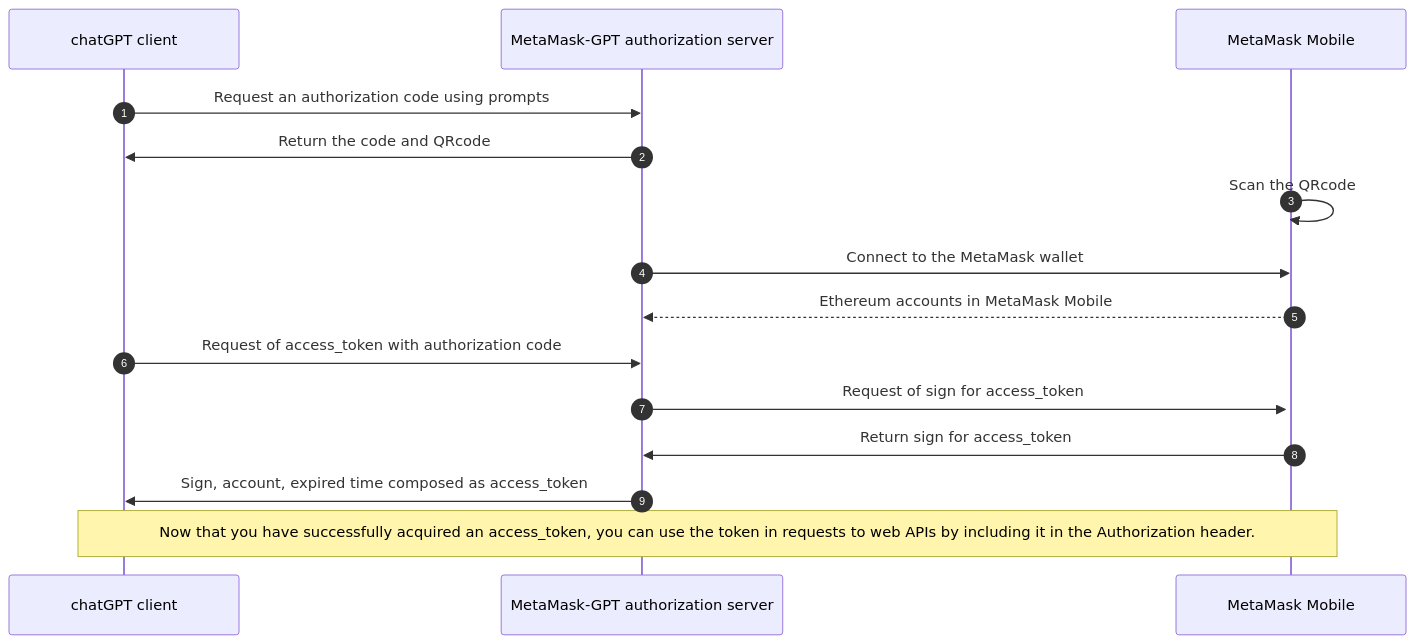
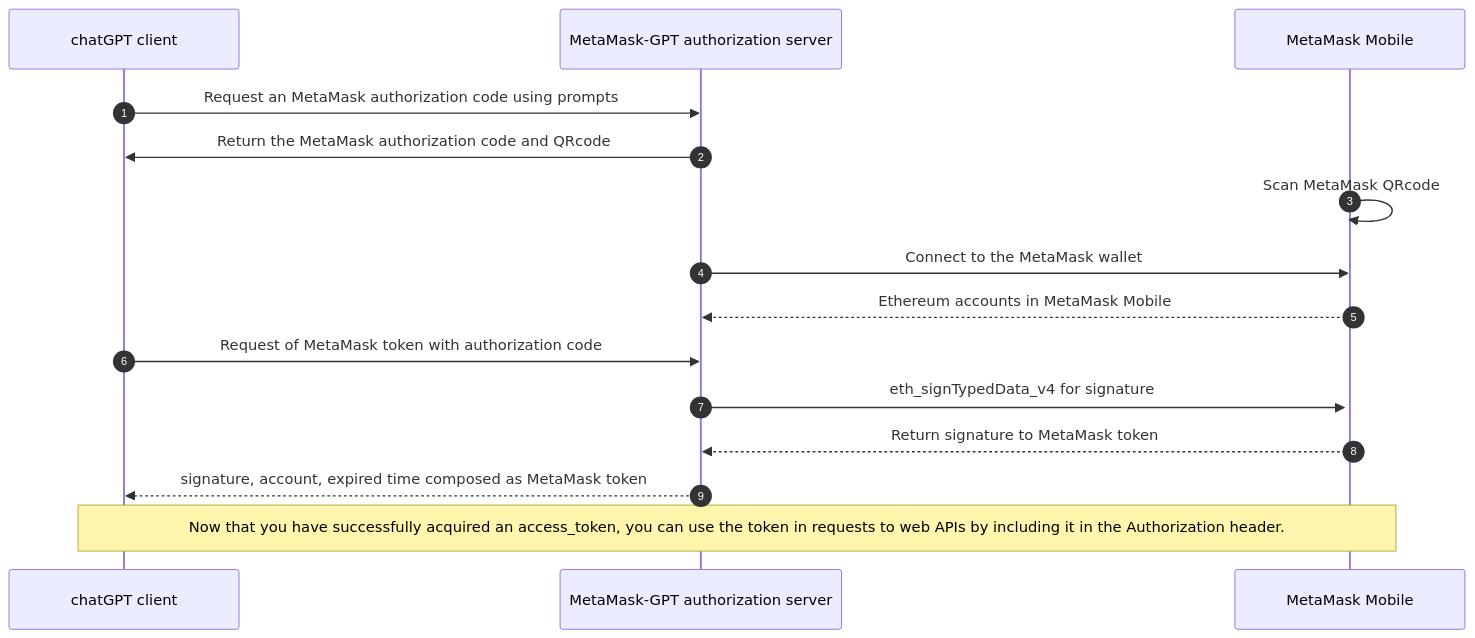
Before and after one commit to TheBestOrNothing/thebestornothing.github.io: the diagram in website/docs/metamaskGPT/connect.mdx, drawn with Mermaid.

````diff
--- a/website/docs/metamaskGPT/connect.mdx
+++ b/website/docs/metamaskGPT/connect.mdx
@@ -29,30 +29,30 @@
 ```mermaid
 %%{
   init: {
     'sequence': {
       'actorMargin': 100,
       'width': 250,
       'noteMargin': 15
     }
   }
 }%%
 
 sequenceDiagram
     autonumber
     participant chatGPTClient as chatGPT client
     participant MetaMask-GPTAuthServer as MetaMask-GPT authorization server
     participant MetaMaskMobile as MetaMask Mobile
 
-    chatGPTClient->>MetaMask-GPTAuthServer: Request an authorization code using prompts
-    MetaMask-GPTAuthServer->>chatGPTClient: Return the code and QRcode
-    MetaMaskMobile->>MetaMaskMobile: Scan the QRcode 
+    chatGPTClient->>MetaMask-GPTAuthServer: Request an MetaMask authorization code using prompts
+    MetaMask-GPTAuthServer->>chatGPTClient: Return the MetaMask authorization code and QRcode
+    MetaMaskMobile->>MetaMaskMobile: Scan MetaMask QRcode 
     MetaMask-GPTAuthServer->>MetaMaskMobile: Connect to the MetaMask wallet
     activate MetaMaskMobile
     MetaMaskMobile-->>MetaMask-GPTAuthServer: Ethereum accounts in MetaMask Mobile
-    chatGPTClient->>MetaMask-GPTAuthServer: Request of access_token with authorization code
-    MetaMask-GPTAuthServer->>MetaMaskMobile: Request of sign for access_token 
-    MetaMaskMobile->>MetaMask-GPTAuthServer: Return sign for access_token
-    MetaMask-GPTAuthServer->>chatGPTClient: Sign, account, expired time composed as access_token
+    chatGPTClient->>MetaMask-GPTAuthServer: Request of MetaMask token with authorization code
+    MetaMask-GPTAuthServer->>MetaMaskMobile: eth_signTypedData_v4 for signature 
+    MetaMaskMobile-->>MetaMask-GPTAuthServer: Return signature to MetaMask token
+    MetaMask-GPTAuthServer-->>chatGPTClient: signature, account, expired time composed as MetaMask token
     note over chatGPTClient, MetaMaskMobile: Now that you have successfully acquired an access_token, you can use the token in requests to web APIs by including it in the Authorization header.
 
 ```
````
